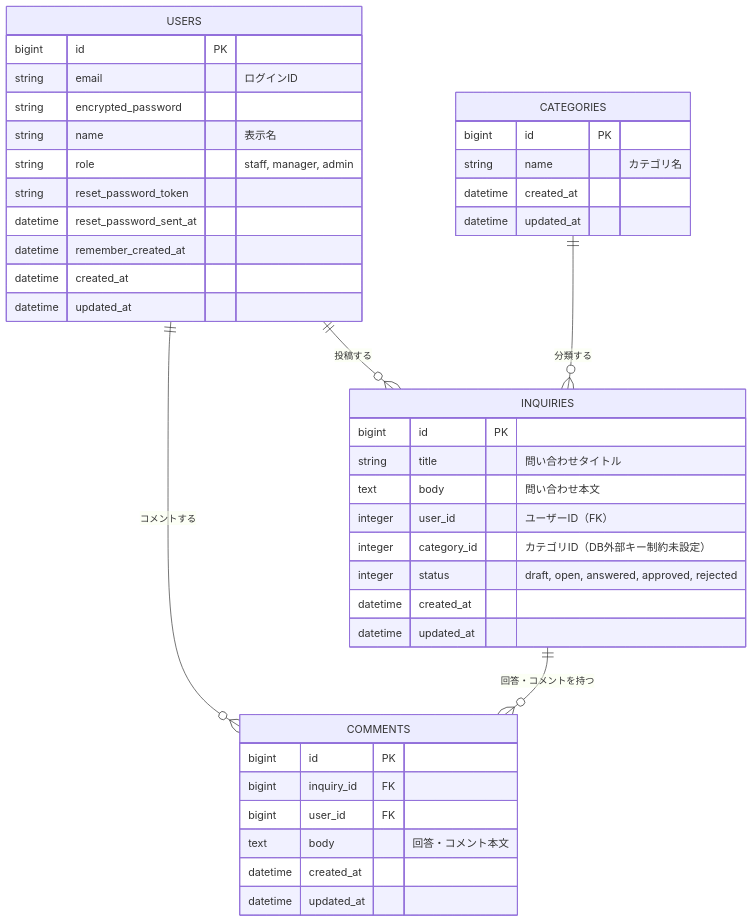
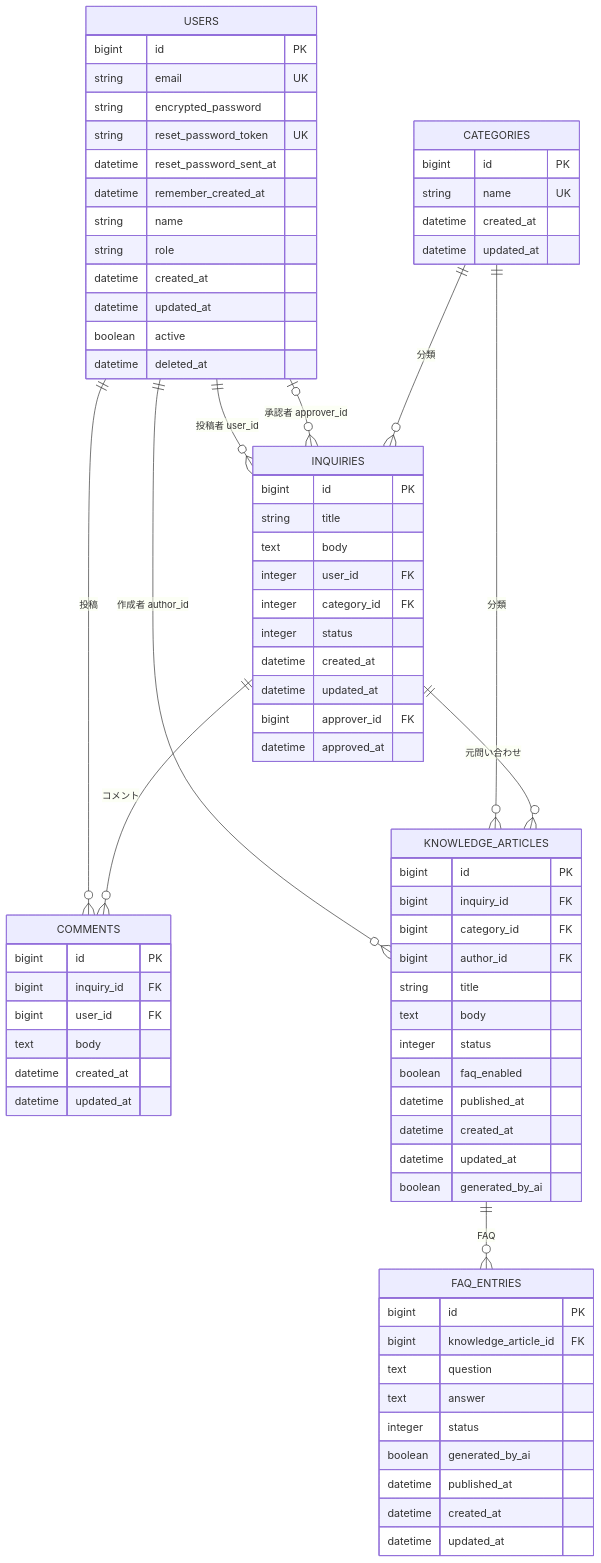
One commit to urm0922/LibNote changed the first of 2 diagrams in docs/er_diagram.md. Above: the diagram before and after it, drawn with Mermaid. The commit also changed other lines of this file and 8 other files, not shown here.

````diff
--- a/docs/er_diagram.md
+++ b/docs/er_diagram.md
@@ -9,46 +16,82 @@
 ```mermaid
 erDiagram
-    USERS ||--o{ INQUIRIES : "投稿する"
-    USERS ||--o{ COMMENTS : "コメントする"
-    CATEGORIES ||--o{ INQUIRIES : "分類する"
-    INQUIRIES ||--o{ COMMENTS : "回答・コメントを持つ"
+    USERS ||--o{ INQUIRIES : "投稿者 user_id"
+    USERS o|--o{ INQUIRIES : "承認者 approver_id"
+    CATEGORIES ||--o{ INQUIRIES : "分類"
+    USERS ||--o{ COMMENTS : "投稿"
+    INQUIRIES ||--o{ COMMENTS : "コメント"
+    USERS ||--o{ KNOWLEDGE_ARTICLES : "作成者 author_id"
+    CATEGORIES ||--o{ KNOWLEDGE_ARTICLES : "分類"
+    INQUIRIES ||--o{ KNOWLEDGE_ARTICLES : "元問い合わせ"
+    KNOWLEDGE_ARTICLES ||--o{ FAQ_ENTRIES : "FAQ"
 
     USERS {
         bigint id PK
-        string email "ログインID"
+        string email UK
         string encrypted_password
-        string name "表示名"
-        string role "staff, manager, admin"
-        string reset_password_token
+        string reset_password_token UK
         datetime reset_password_sent_at
         datetime remember_created_at
+        string name
+        string role
         datetime created_at
         datetime updated_at
+        boolean active
+        datetime deleted_at
     }
 
     CATEGORIES {
         bigint id PK
-        string name "カテゴリ名"
+        string name UK
         datetime created_at
         datetime updated_at
     }
 
     INQUIRIES {
         bigint id PK
-        string title "問い合わせタイトル"
-        text body "問い合わせ本文"
-        integer user_id "ユーザーID（FK）"
-        integer category_id "カテゴリID（DB外部キー制約未設定）"
-        integer status "draft, open, answered, approved, rejected"
+        string title
+        text body
+        integer user_id FK
+        integer category_id FK
+        integer status
         datetime created_at
         datetime updated_at
+        bigint approver_id FK
+        datetime approved_at
     }
 
     COMMENTS {
         bigint id PK
         bigint inquiry_id FK
         bigint user_id FK
-        text body "回答・コメント本文"
+        text body
+        datetime created_at
+        datetime updated_at
+    }
+
+    KNOWLEDGE_ARTICLES {
+        bigint id PK
+        bigint inquiry_id FK
+        bigint category_id FK
+        bigint author_id FK
+        string title
+        text body
+        integer status
+        boolean faq_enabled
+        datetime published_at
+        datetime created_at
+        datetime updated_at
+        boolean generated_by_ai
+    }
+
+    FAQ_ENTRIES {
+        bigint id PK
+        bigint knowledge_article_id FK
+        text question
+        text answer
+        integer status
+        boolean generated_by_ai
+        datetime published_at
         datetime created_at
         datetime updated_at
     }
````
